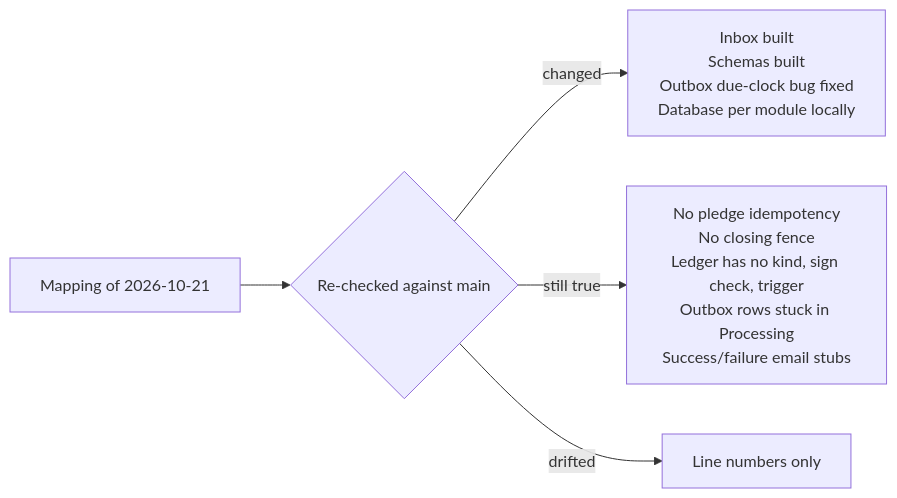
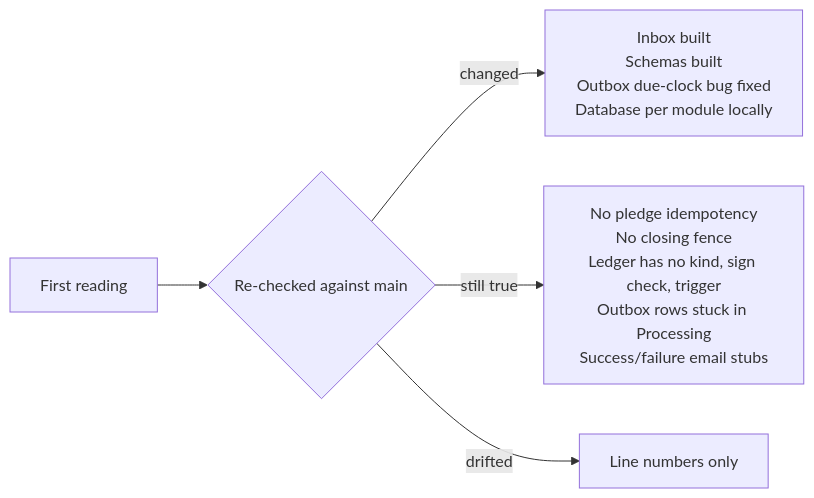
Before and after one commit to maysamgamini/crowdfundinghub: the fourth of 4 diagrams in educational/03-engineering-spec-and-roadmap/design-to-code-mapping-round1.md, drawn with Mermaid. The commit also changed other lines of this file and 20 other files, not shown here.

````diff
--- a/educational/03-engineering-spec-and-roadmap/design-to-code-mapping-round1.md
+++ b/educational/03-engineering-spec-and-roadmap/design-to-code-mapping-round1.md
@@ -168,7 +168,7 @@
 ```mermaid
 flowchart LR
-    A["Mapping of 2026-10-21"] --> B{"Re-checked against main"}
+    A["First reading"] --> B{"Re-checked against main"}
     B -->|changed| C["Inbox built<br/>Schemas built<br/>Outbox due-clock bug fixed<br/>Database per module locally"]
     B -->|still true| D["No pledge idempotency<br/>No closing fence<br/>Ledger has no kind, sign check, trigger<br/>Outbox rows stuck in Processing<br/>Success/failure email stubs"]
     B -->|drifted| E["Line numbers only"]
 ```
````
